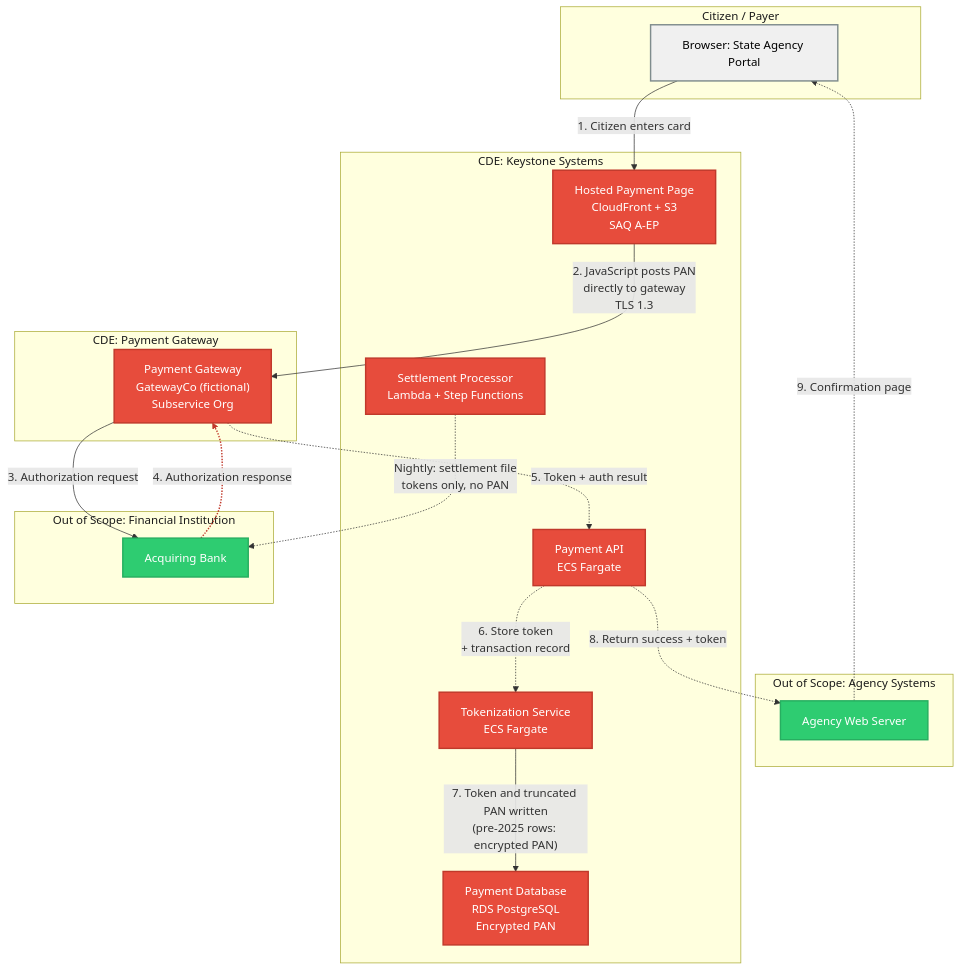
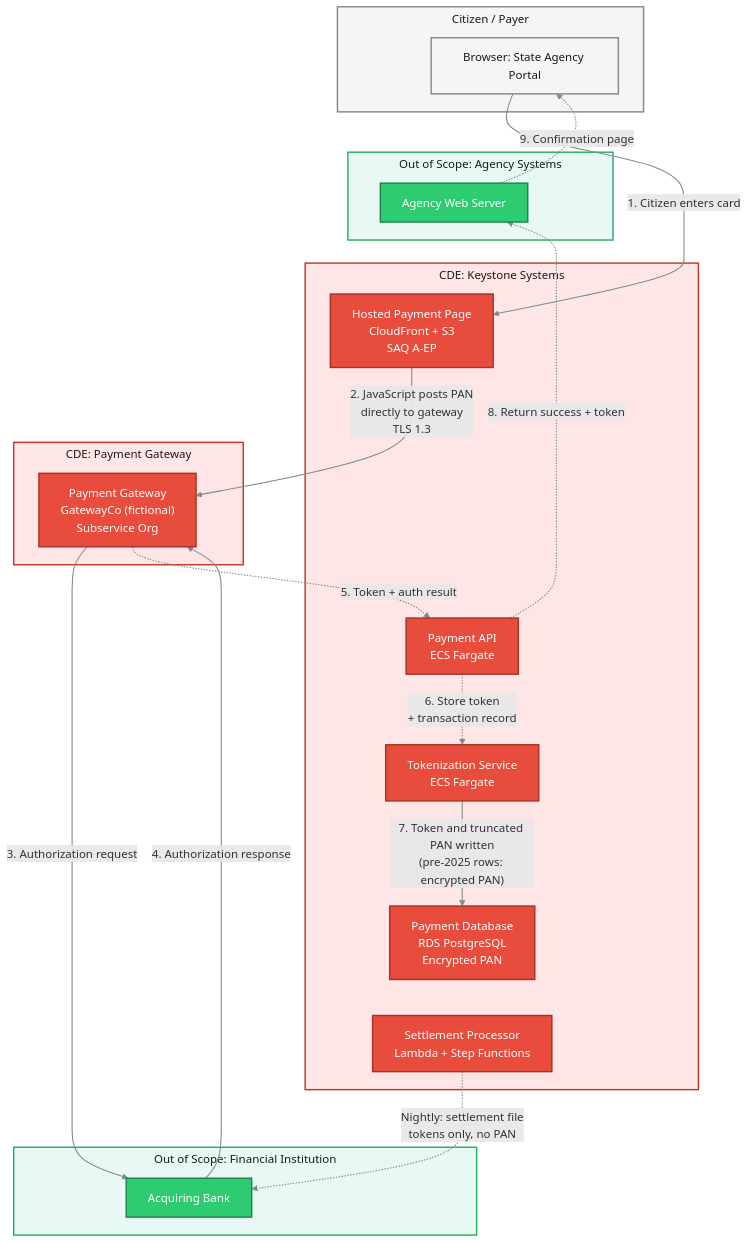
The first of 3 diagrams in projects/payment-processor-compliance-program/01-scoping/cardholder-data-flow.md (Josephkamara/audit-defense-portfolio), drawn with Mermaid before and after one commit. The commit also changed other lines of this file, not shown here.

Commit message:
Final validated data flow diagrams

````diff
--- a/projects/payment-processor-compliance-program/01-scoping/cardholder-data-flow.md
+++ b/projects/payment-processor-compliance-program/01-scoping/cardholder-data-flow.md
@@ -17,62 +18,50 @@
 ```mermaid
-graph TB
+%%{init: {"flowchart": {"subGraphTitleMargin": {"top": 4, "bottom": 14}}}}%%
+flowchart TB
     subgraph citizen["Citizen / Payer"]
         A["Browser: State Agency Portal"]
     end
-    
-    subgraph agency["Out of Scope: Agency Systems"]
-        B["Agency Web Server"]
-    end
-    
     subgraph cde["CDE: Keystone Systems"]
         C["Hosted Payment Page<br/>CloudFront + S3<br/>SAQ A-EP"]
         E["Payment API<br/>ECS Fargate"]
         F["Tokenization Service<br/>ECS Fargate"]
         G["Payment Database<br/>RDS PostgreSQL<br/>Encrypted PAN"]
         H["Settlement Processor<br/>Lambda + Step Functions"]
     end
-    
+    subgraph agency["Out of Scope: Agency Systems"]
+        B["Agency Web Server"]
+    end
     subgraph gateway["CDE: Payment Gateway"]
         D["Payment Gateway<br/>GatewayCo (fictional)<br/>Subservice Org"]
     end
-    
     subgraph bank["Out of Scope: Financial Institution"]
         I["Acquiring Bank"]
     end
-    
+
+    A ~~~ B
+    B ~~~ C
+    G ~~~ H
     A -->|"1. Citizen enters card"| C
     C -->|"2. JavaScript posts PAN<br/>directly to gateway<br/>TLS 1.3"| D
     D -->|"3. Authorization request"| I
+    I -->|"4. Authorization response"| D
     D -.->|"5. Token + auth result"| E
     E -.->|"6. Store token<br/>+ transaction record"| F
     F -->|"7. Token and truncated PAN written<br/>(pre-2025 rows: encrypted PAN)"| G
-    
-    I -.->|"4. Authorization response"| D
     E -.->|"8. Return success + token"| B
     B -.->|"9. Confirmation page"| A
     H -.->|"Nightly: settlement file<br/>tokens only, no PAN"| I
-    
-    linkStyle 6 stroke:#c0392b,stroke-width:2px
-    
-    classDef cdeNode fill:#e74c3c,stroke:#c0392b,stroke-width:2px,color:#fff
-    classDef outOfScopeNode fill:#2ecc71,stroke:#27ae60,stroke-width:2px,color:#fff
-    classDef citizenNode fill:#f0f0f0,stroke:#7f8c8d,stroke-width:2px,color:#000
-    
+
+    linkStyle 3,4,5,6,7,8,9,10,11,12 stroke:#7f8c8d,stroke-width:1.5px
+    classDef cdeNode fill:#e74c3c,stroke:#a93226,stroke-width:2px,color:#ffffff
+    classDef oosNode fill:#2ecc71,stroke:#1e8449,stroke-width:2px,color:#ffffff
+    classDef citizenNode fill:#f5f5f5,stroke:#7f8c8d,stroke-width:2px,color:#1a1a1a
     class C,D,E,F,G,H cdeNode
-    class B,I outOfScopeNode
+    class B,I oosNode
     class A citizenNode
-    
-    classDef cdeSubgraph fill:#ffe6e6,stroke:#c0392b,stroke-width:3px
-    classDef outOfScopeSubgraph fill:#e8f8f5,stroke:#27ae60,stroke-width:3px
-    classDef citizenSubgraph fill:#f5f5f5,stroke:#7f8c8d,stroke-width:2px
-    
-    class cde,gateway cdeSubgraph
-    class agency,bank outOfScopeSubgraph
-    class citizen citizenSubgraph
-    
-    style citizen color:#1a1a1a
-    style agency color:#1a1a1a
-    style cde color:#1a1a1a
-    style gateway color:#1a1a1a
-    style bank color:#1a1a1a
+    style citizen fill:#f5f5f5,stroke:#7f8c8d,stroke-width:2px,color:#1a1a1a
+    style agency fill:#e8f8f5,stroke:#27ae60,stroke-width:2px,color:#1a1a1a
+    style cde fill:#ffe6e6,stroke:#c0392b,stroke-width:2px,color:#1a1a1a
+    style gateway fill:#ffe6e6,stroke:#c0392b,stroke-width:2px,color:#1a1a1a
+    style bank fill:#e8f8f5,stroke:#27ae60,stroke-width:2px,color:#1a1a1a
 ```
````
